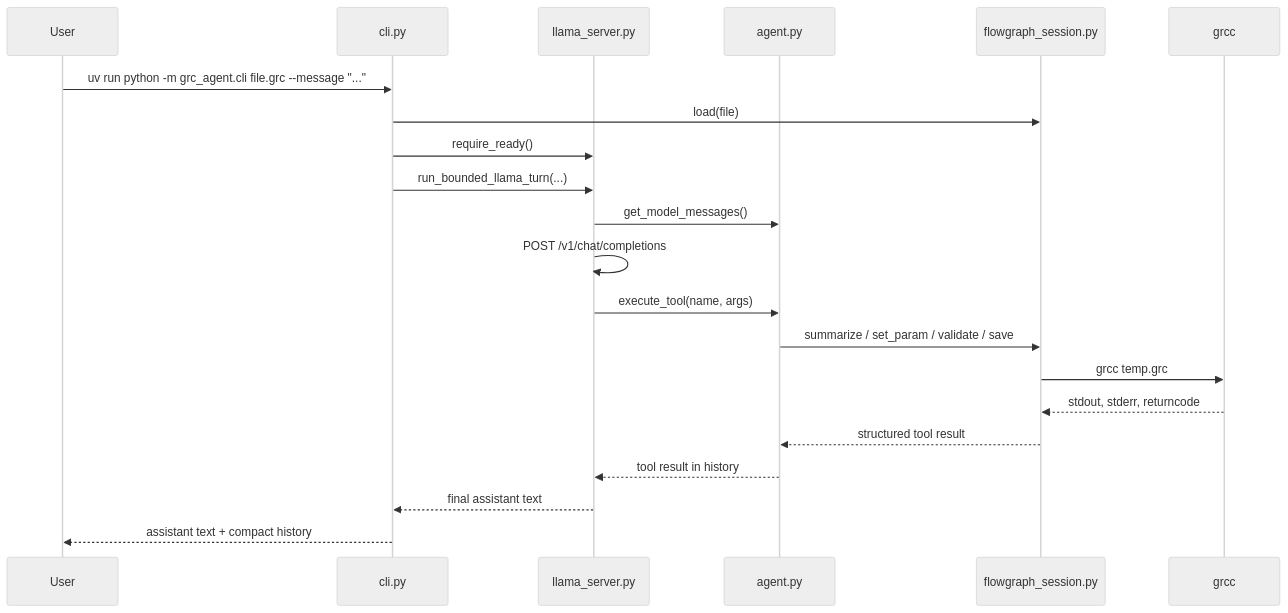
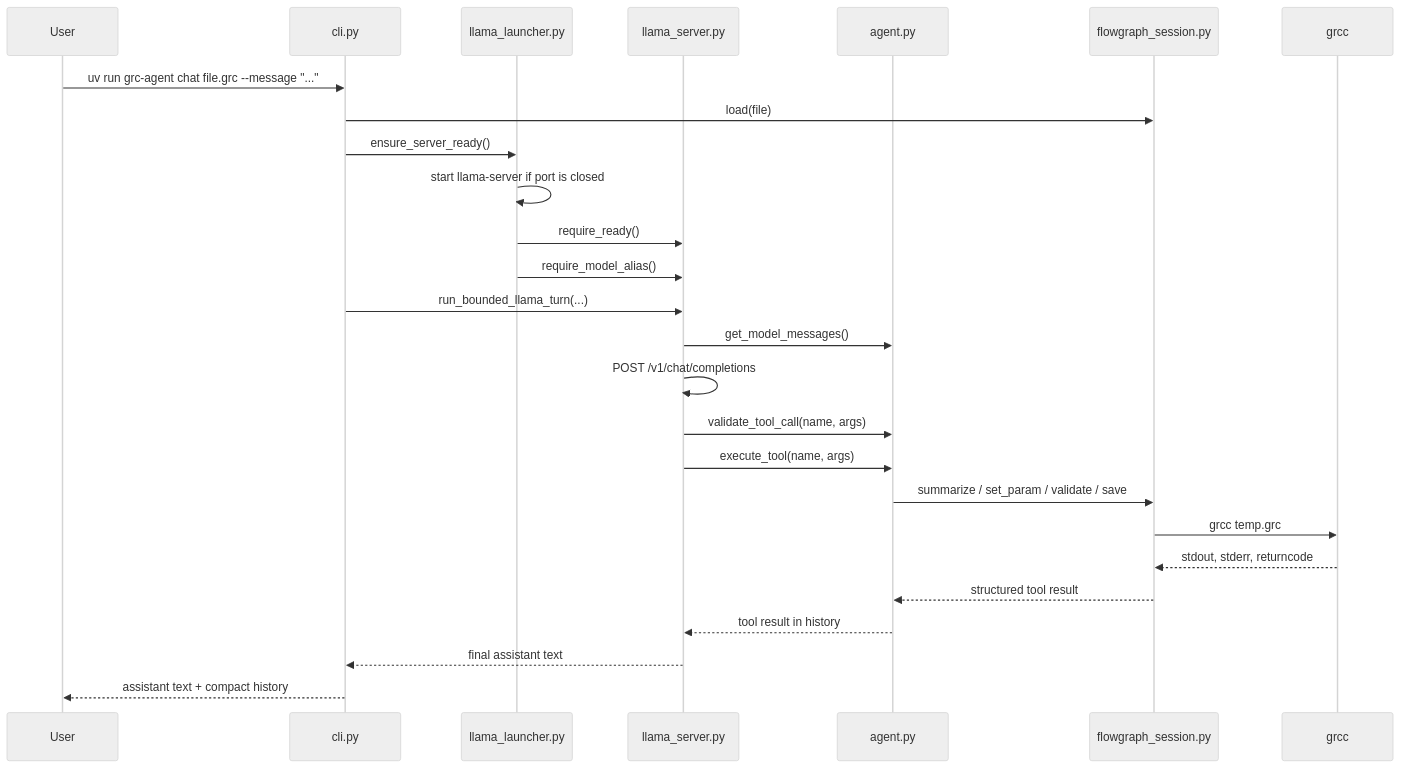
The second of 2 diagrams in docs/PACKAGE_GUIDE.md (qoherent/GRC-Agent), drawn with Mermaid (neutral theme) before and after one commit. The commit also changed other lines of this file and 100 other files, not shown here.

````diff
--- a/docs/PACKAGE_GUIDE.md
+++ b/docs/PACKAGE_GUIDE.md
@@ -61,24 +76,29 @@
 ```mermaid
 sequenceDiagram
   participant User
   participant CLI as cli.py
+  participant Launcher as llama_launcher.py
   participant Adapter as llama_server.py
   participant Agent as agent.py
   participant Session as flowgraph_session.py
   participant GNU as grcc
 
-  User->>CLI: uv run python -m grc_agent.cli file.grc --message "..."
+  User->>CLI: uv run grc-agent chat file.grc --message "..."
   CLI->>Session: load(file)
-  CLI->>Adapter: require_ready()
+  CLI->>Launcher: ensure_server_ready()
+  Launcher->>Launcher: start llama-server if port is closed
+  Launcher->>Adapter: require_ready()
+  Launcher->>Adapter: require_model_alias()
   CLI->>Adapter: run_bounded_llama_turn(...)
   Adapter->>Agent: get_model_messages()
   Adapter->>Adapter: POST /v1/chat/completions
+  Adapter->>Agent: validate_tool_call(name, args)
   Adapter->>Agent: execute_tool(name, args)
   Agent->>Session: summarize / set_param / validate / save
   Session->>GNU: grcc temp.grc
   GNU-->>Session: stdout, stderr, returncode
   Session-->>Agent: structured tool result
   Agent-->>Adapter: tool result in history
   Adapter-->>CLI: final assistant text
   CLI-->>User: assistant text + compact history
 ```
````
